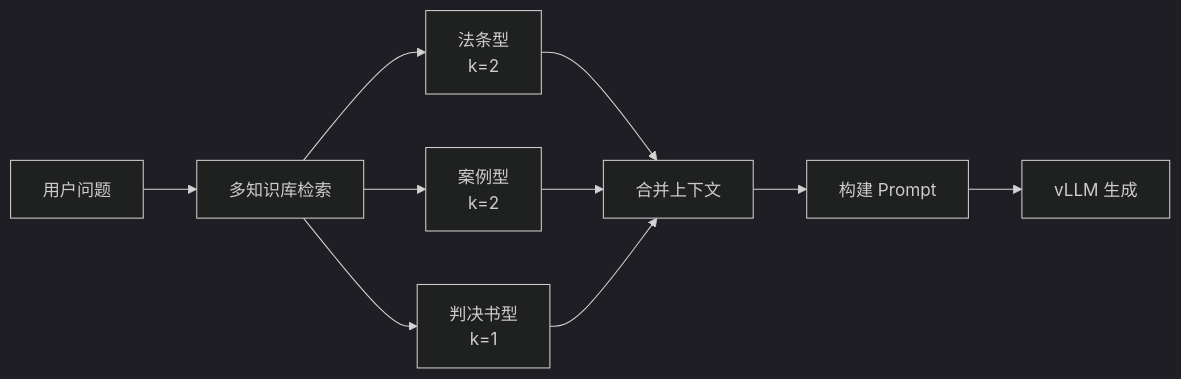
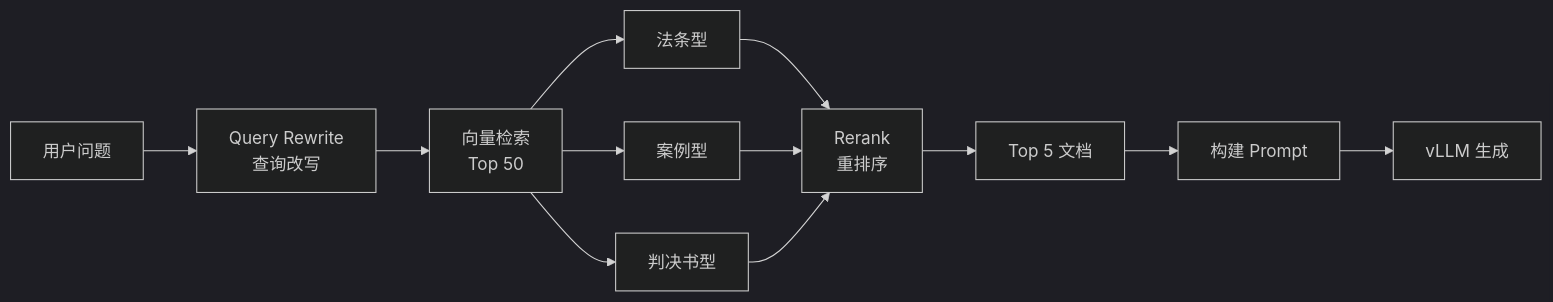
The diagram in README.md (F0rJay/Flash-rag), drawn with Mermaid (dark theme) before and after one commit. The commit also changed other lines of this file and 6 other files, not shown here.

````diff
--- a/README.md
+++ b/README.md
@@ -661,12 +697,14 @@
 ```mermaid
 graph LR
-    A[用户问题] --> B[多知识库检索]
-    B --> C[法条型<br/>k=2]
-    B --> D[案例型<br/>k=2]
-    B --> E[判决书型<br/>k=1]
-    C --> F[合并上下文]
-    D --> F
-    E --> F
-    F --> G[构建 Prompt]
-    G --> H[vLLM 生成]
+    A[用户问题] --> B[Query Rewrite<br/>查询改写]
+    B --> C[向量检索<br/>Top 50]
+    C --> D[法条型]
+    C --> E[案例型]
+    C --> F[判决书型]
+    D --> G[Rerank<br/>重排序]
+    E --> G
+    F --> G
+    G --> H[Top 5 文档]
+    H --> I[构建 Prompt]
+    I --> J[vLLM 生成]
 ```
````
